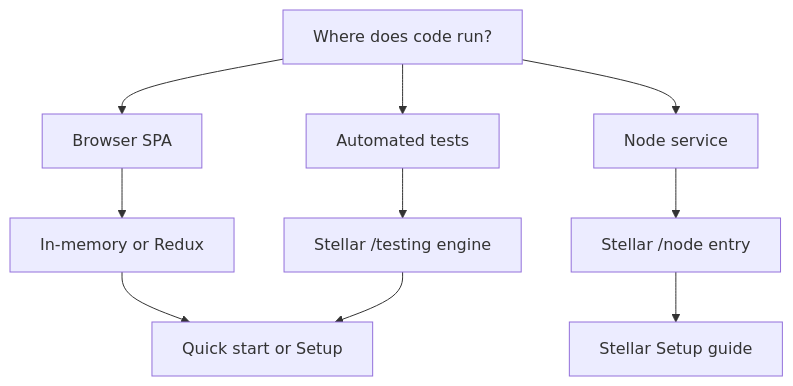
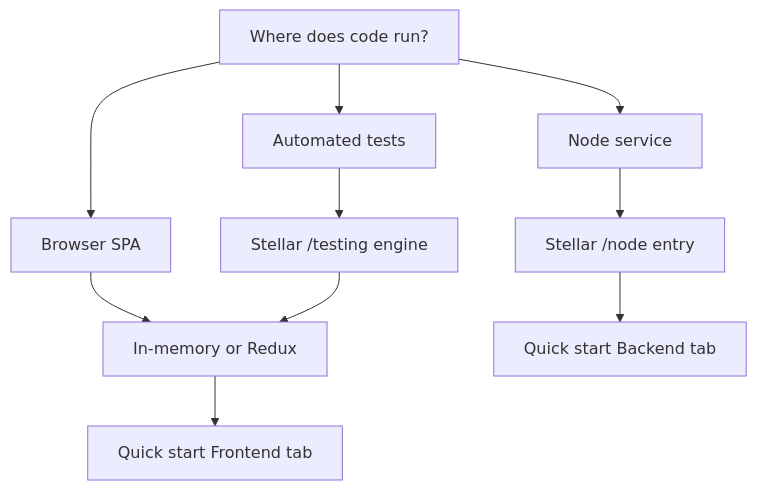
One commit to Polynom-Labs/privacy-layer-confidential-sdk changed the diagram in docs/integration/integration-paths.mdx. Above: the diagram before and after it, drawn with Mermaid. The commit also changed other lines of this file and 19 other files, not shown here.

First line of the commit message:
docs: split Stellar Quick start into Frontend/Backend tabs

````diff
--- a/docs/integration/integration-paths.mdx
+++ b/docs/integration/integration-paths.mdx
@@ -14,19 +14,19 @@
 ```mermaid
 flowchart TD
   Q[Where does code run?]
   Browser[Browser SPA]
   Node[Node service]
   Test[Automated tests]
 
   Q --> Browser
   Q --> Node
   Q --> Test
 
   Browser --> Mem[In-memory or Redux]
   Node --> NodePreset[Stellar /node entry]
   Test --> Fake[Stellar /testing engine]
 
-  Mem --> QS[Quick start or Setup]
-  NodePreset --> Setup[Stellar Setup guide]
-  Fake --> QS
+  Mem --> FEQS[Quick start Frontend tab]
+  NodePreset --> BEQS[Quick start Backend tab]
+  Fake --> Mem
 ```
````
